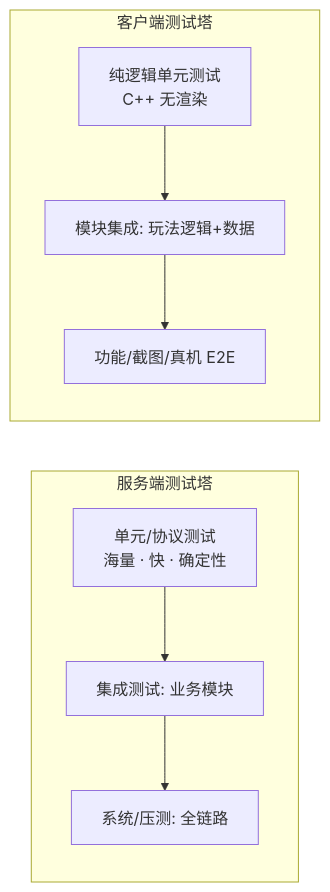
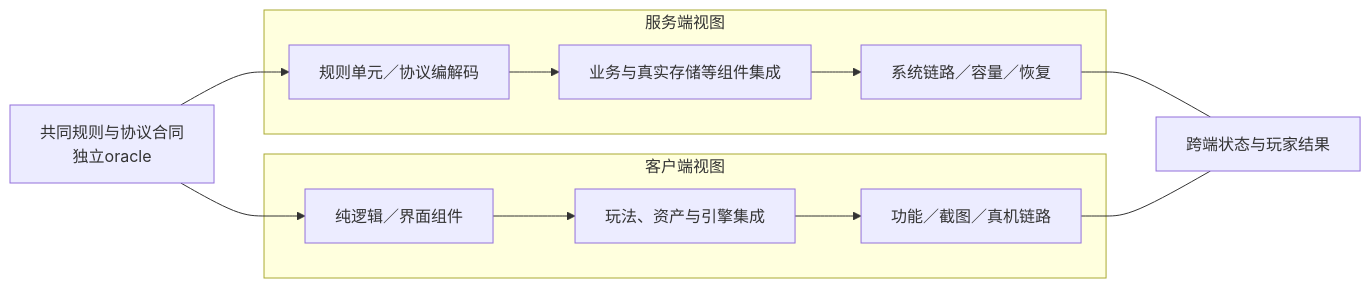
One commit to fantuan812/learning changed the second of 3 diagrams in 知识/08-工程实践与质量/测试策略与自动化/01-测试金字塔与测试策略.md. Above: the diagram before and after it, drawn with Mermaid. The commit also changed other lines of this file and 1 other file, not shown here.

````diff
--- a/知识/08-工程实践与质量/测试策略与自动化/01-测试金字塔与测试策略.md
+++ b/知识/08-工程实践与质量/测试策略与自动化/01-测试金字塔与测试策略.md
@@ -89,15 +115,19 @@
 ```mermaid
 flowchart LR
-    subgraph 服务端塔[服务端测试塔]
-        SU[单元/协议测试<br/>海量 · 快 · 确定性]
-        SI[集成测试: 业务模块]
-        SE[系统/压测: 全链路]
+    subgraph S["服务端视图"]
+        SU["规则单元／协议编解码"]
+        SI["业务与真实存储等组件集成"]
+        SE["系统链路／容量／恢复"]
+        SU --> SI --> SE
     end
-    subgraph 客户端塔[客户端测试塔]
-        CU[纯逻辑单元测试<br/>C++ 无渲染]
-        CI[模块集成: 玩法逻辑+数据]
-        CE[功能/截图/真机 E2E]
+    subgraph C["客户端视图"]
+        CU["纯逻辑／界面组件"]
+        CI["玩法、资产与引擎集成"]
+        CE["功能／截图／真机链路"]
+        CU --> CI --> CE
     end
-    SU --> SI --> SE
-    CU --> CI --> CE
+    R["共同规则与协议合同<br/>独立oracle"] --> SU
+    R --> CU
+    SE --- X["跨端状态与玩家结果"]
+    CE --- X
 ```
````
